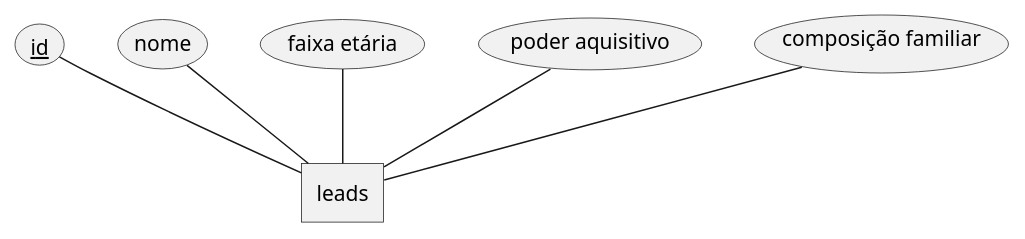
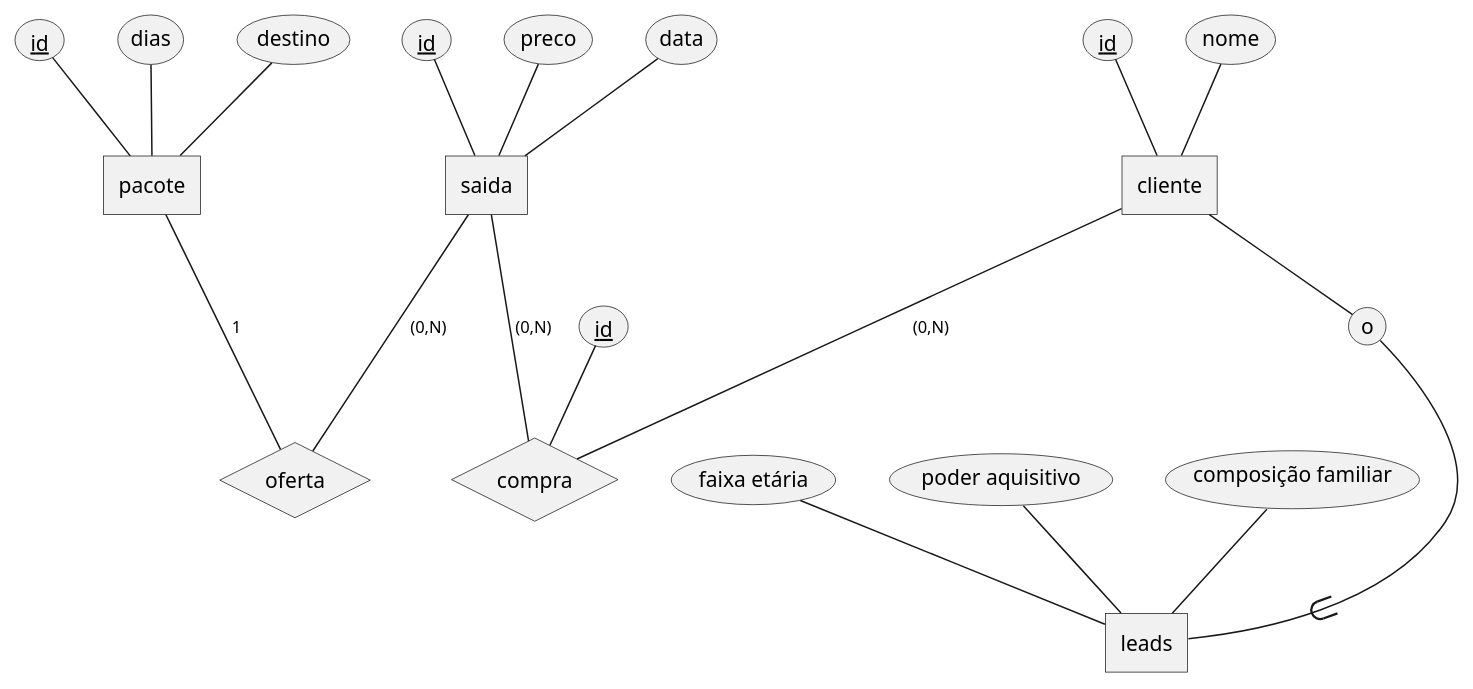
The diagram in ferias_nestor/agenciaDeViagens/modelagemConceitual.wsd (galaticghost/NovaGuieqKlarrind), drawn with PlantUML before and after one commit. The commit also changed 4 other files, not shown here.

```diff
--- a/ferias_nestor/agenciaDeViagens/modelagemConceitual.wsd
+++ b/ferias_nestor/agenciaDeViagens/modelagemConceitual.wsd
@@ -1,11 +1,40 @@
 @startchen
 
-entity leads{
+entity cliente{
 id <<key>>
 nome
+}
+
+entity leads{
 faixa etária
 poder aquisitivo
 composição familiar
 }
 
+entity saida{
+id <<key>>
+preco
+data
+}
+
+entity pacote{
+id <<key>>
+dias
+destino
+}
+
+relationship oferta{
+}
+
+relationship compra{
+id <<key>>
+}
+saida -(0,N)- oferta
+pacote -1- oferta
+
+cliente ->- o {leads}
+
+cliente -(0,N)- compra
+saida -(0,N)- compra
+
 @endchen
```
